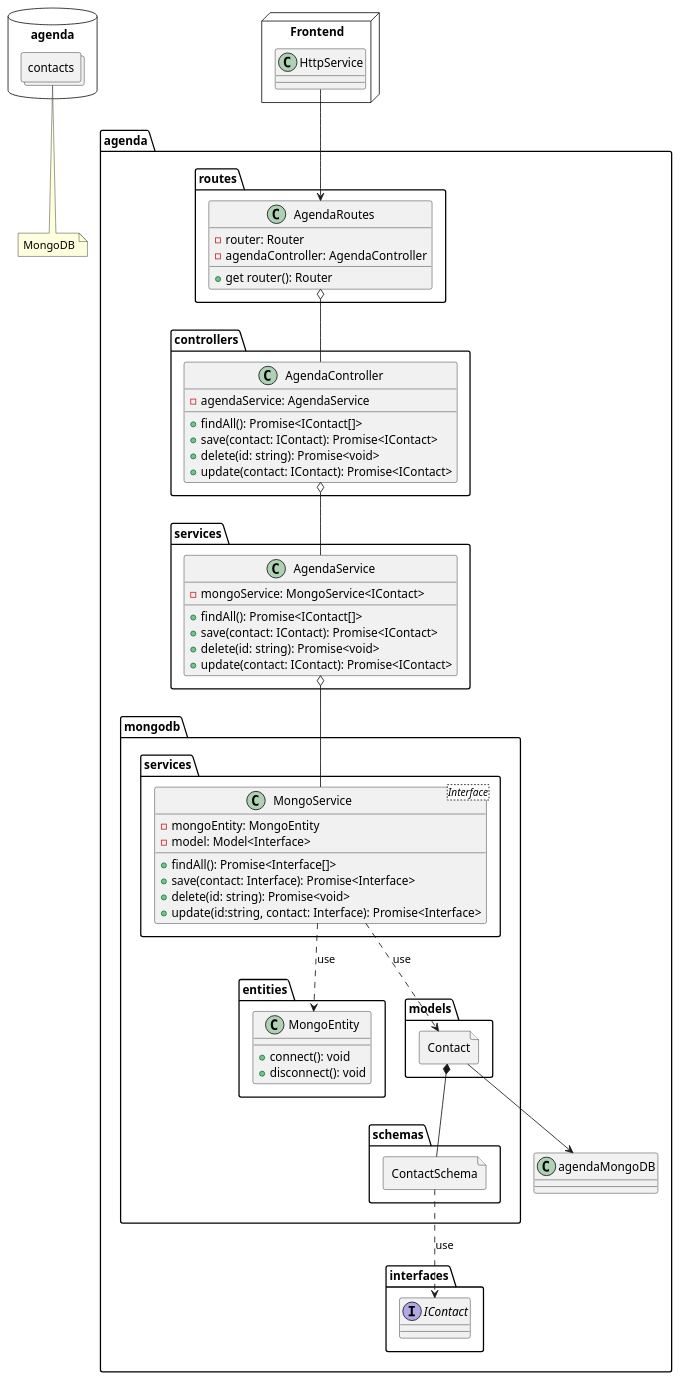
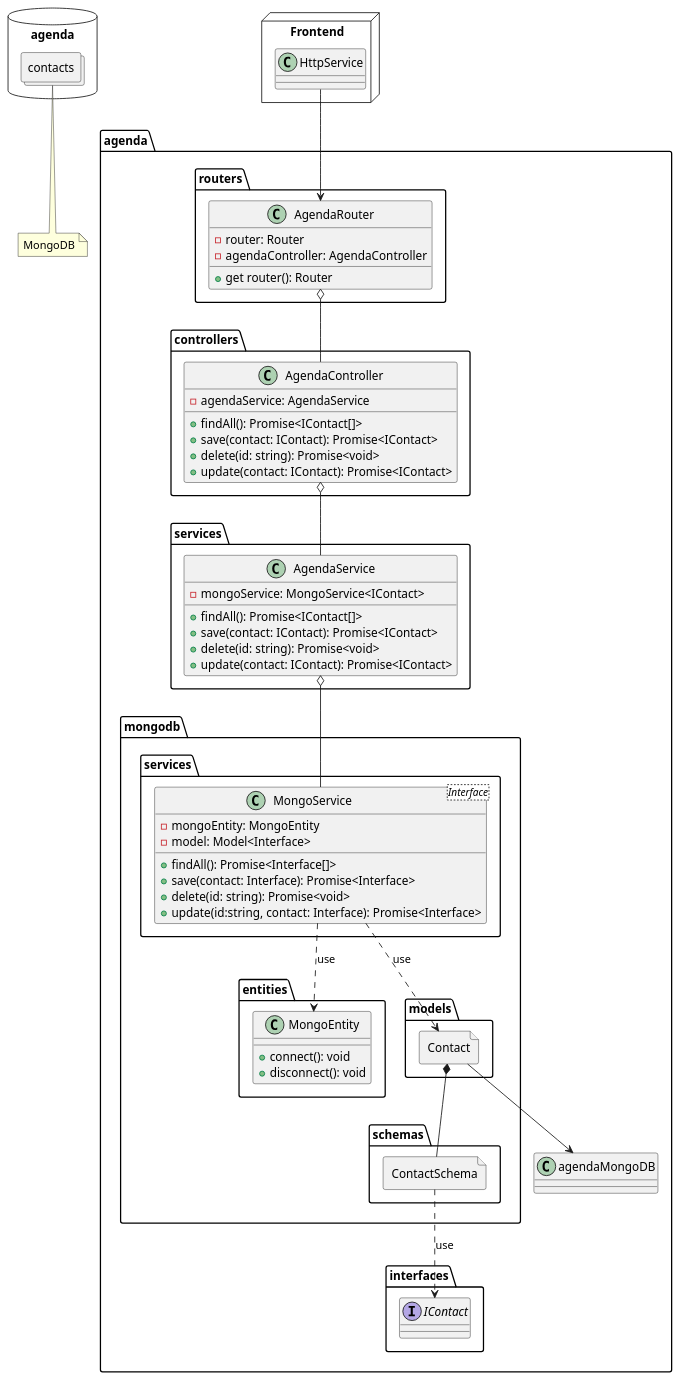
One commit to raulwwq0/Agenda-TypeScript changed the diagram in docs/uml/server.puml. Above: the diagram before and after it, drawn with PlantUML.

Commit message:
docs: update server uml

```diff
--- a/docs/uml/server.puml
+++ b/docs/uml/server.puml
@@ -1,86 +1,86 @@
 @startuml Server
 allowmixing
 
 package agenda {
     package controllers {
         class AgendaController {
             - agendaService: AgendaService
             + findAll(): Promise<IContact[]>
             + save(contact: IContact): Promise<IContact>
             + delete(id: string): Promise<void>
             + update(contact: IContact): Promise<IContact>
         }
     }
 
     package interfaces {
         interface IContact
     }
 
-    package routes {
-        class AgendaRoutes {
+    package routers {
+        class AgendaRouter {
             - router: Router
             - agendaController: AgendaController
             + get router(): Router
         }
     }
 
     package services {
         class AgendaService {
             - mongoService: MongoService<IContact>
             + findAll(): Promise<IContact[]>
             + save(contact: IContact): Promise<IContact>
             + delete(id: string): Promise<void>
             + update(contact: IContact): Promise<IContact>
         }
     }
 
     package mongodb {
         package entities {
             class MongoEntity {
                 + connect(): void
                 + disconnect(): void
             }
         }
 
         package models {
             file Contact
         }
 
         package schemas {
             file ContactSchema
         }
 
         package services as MongoServices {
             class MongoService<Interface> {
                 - mongoEntity: MongoEntity
                 - model: Model<Interface>
                 + findAll(): Promise<Interface[]>
                 + save(contact: Interface): Promise<Interface>
                 + delete(id: string): Promise<void>
                 + update(id:string, contact: Interface): Promise<Interface>
             }
         }
     }
 
     AgendaController o-- AgendaService
-    AgendaRoutes o-- AgendaController
+    AgendaRouter o-- AgendaController
     AgendaService o-- MongoService
     MongoService -[dashed]-> MongoEntity: "use"
     MongoService -[dashed]-> Contact: "use"
     Contact *-- ContactSchema
     ContactSchema -[dashed]-> IContact: "use"
     Contact --> agendaMongoDB
 }
 
 database agenda as agendaMongoDB {
     collections contacts
 }
 
 note bottom: MongoDB
 
 node Frontend {
     class HttpService{}
 
-    HttpService --> AgendaRoutes
+    HttpService --> AgendaRouter
 }
 @enduml
```
